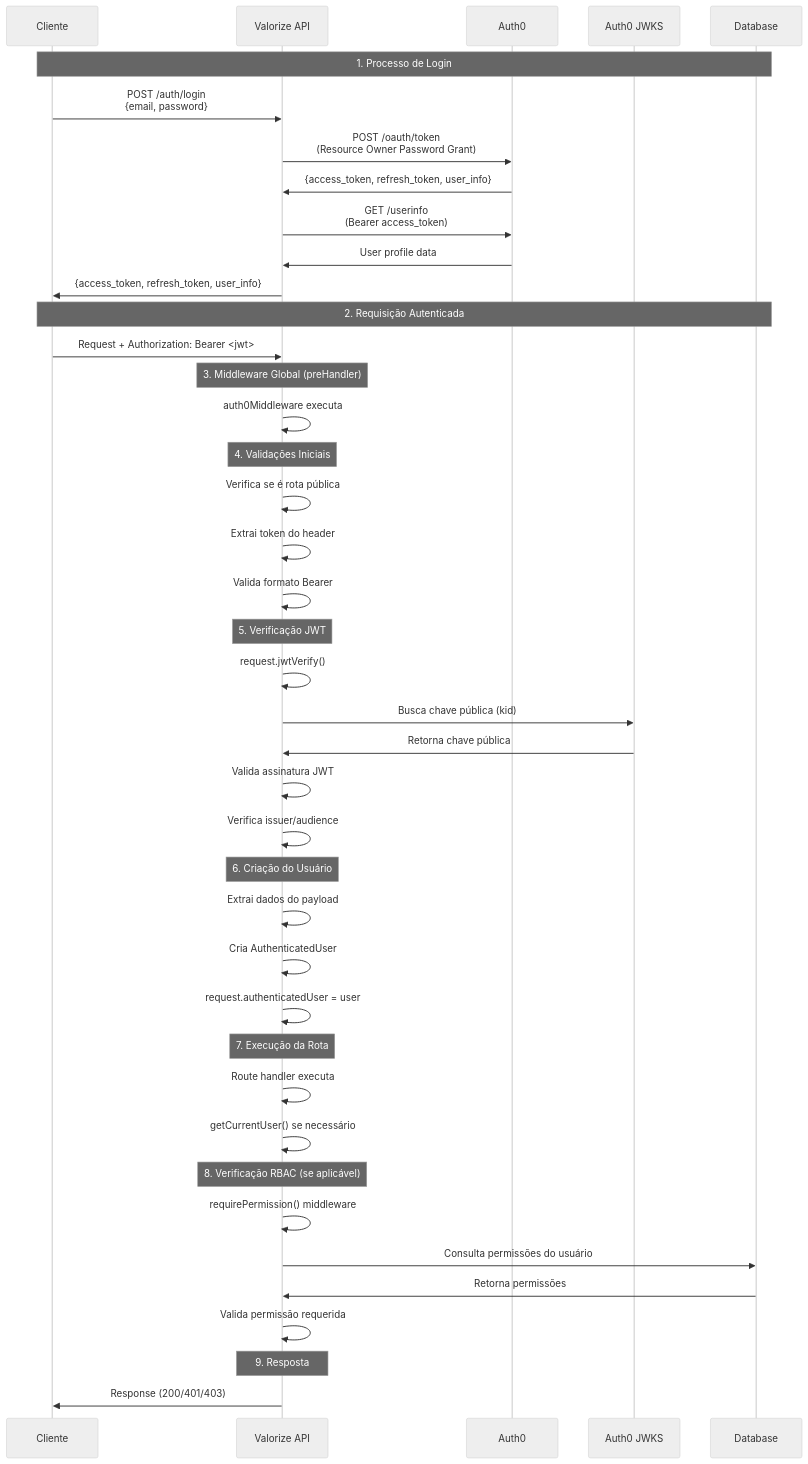
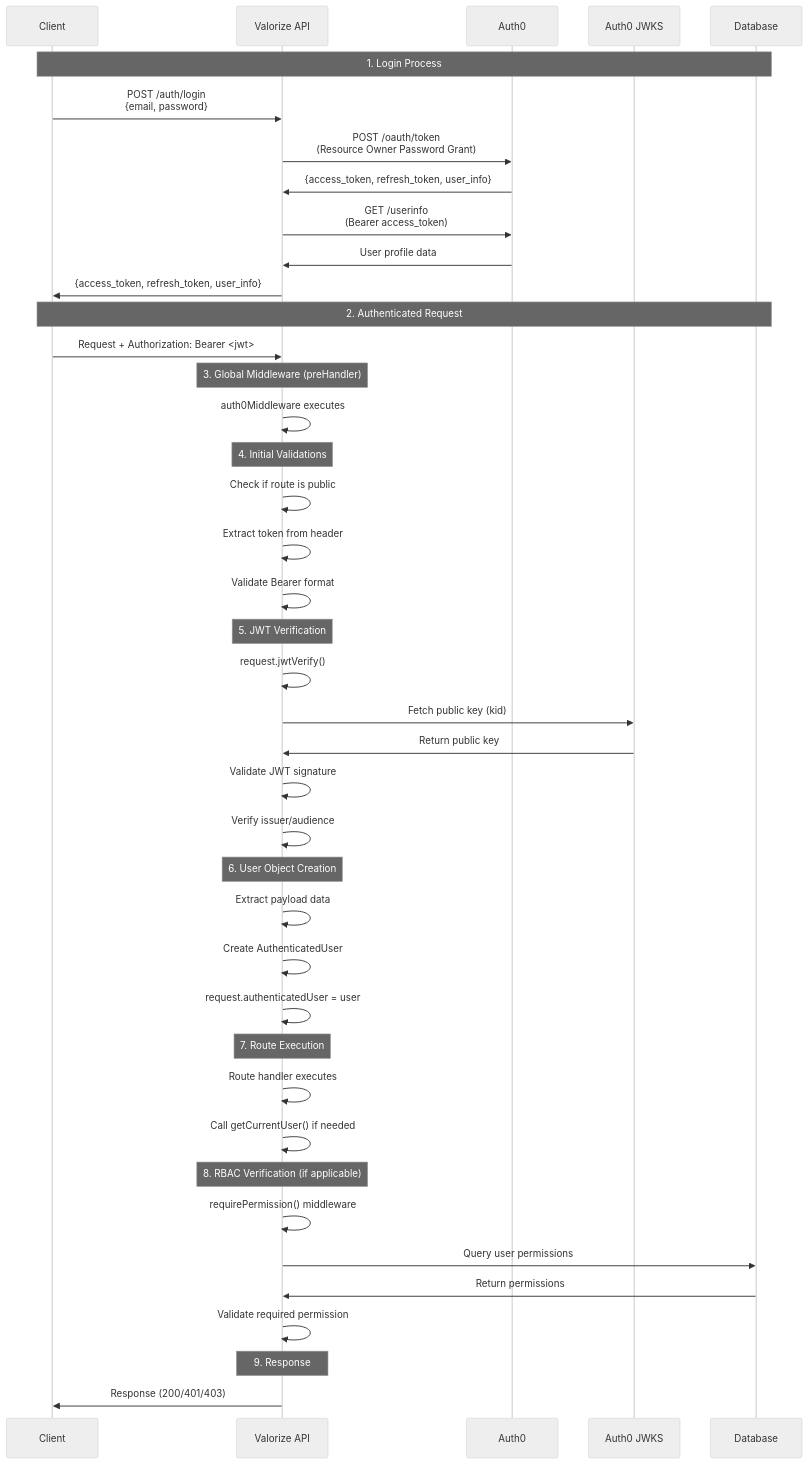
Before and after one commit to Gabriel-Fachini/valorize-api: the diagram in docs/AUTHENTICATION_GUIDE.md, drawn with Mermaid (neutral theme). The commit also changed other lines of this file and 4 other files, not shown here.

````diff
--- a/docs/AUTHENTICATION_GUIDE.md
+++ b/docs/AUTHENTICATION_GUIDE.md
@@ -19,52 +19,52 @@
 ```mermaid
 sequenceDiagram
-    participant Client as Cliente
+    participant Client as Client
     participant API as Valorize API
     participant Auth0 as Auth0
     participant JWKS as Auth0 JWKS
     participant DB as Database
 
-    Note over Client,DB: 1. Processo de Login
+    Note over Client,DB: 1. Login Process
     Client->>API: POST /auth/login<br/>{email, password}
     API->>Auth0: POST /oauth/token<br/>(Resource Owner Password Grant)
     Auth0->>API: {access_token, refresh_token, user_info}
     API->>Auth0: GET /userinfo<br/>(Bearer access_token)
     Auth0->>API: User profile data
     API->>Client: {access_token, refresh_token, user_info}
 
-    Note over Client,DB: 2. Requisição Autenticada
+    Note over Client,DB: 2. Authenticated Request
     Client->>API: Request + Authorization: Bearer <jwt>
     
-    Note over API: 3. Middleware Global (preHandler)
-    API->>API: auth0Middleware executa
+    Note over API: 3. Global Middleware (preHandler)
+    API->>API: auth0Middleware executes
     
-    Note over API: 4. Validações Iniciais
-    API->>API: Verifica se é rota pública
-    API->>API: Extrai token do header
-    API->>API: Valida formato Bearer
+    Note over API: 4. Initial Validations
+    API->>API: Check if route is public
+    API->>API: Extract token from header
+    API->>API: Validate Bearer format
     
-    Note over API: 5. Verificação JWT
+    Note over API: 5. JWT Verification
     API->>API: request.jwtVerify()
-    API->>JWKS: Busca chave pública (kid)
-    JWKS->>API: Retorna chave pública
-    API->>API: Valida assinatura JWT
-    API->>API: Verifica issuer/audience
+    API->>JWKS: Fetch public key (kid)
+    JWKS->>API: Return public key
+    API->>API: Validate JWT signature
+    API->>API: Verify issuer/audience
     
-    Note over API: 6. Criação do Usuário
-    API->>API: Extrai dados do payload
-    API->>API: Cria AuthenticatedUser
+    Note over API: 6. User Object Creation
+    API->>API: Extract payload data
+    API->>API: Create AuthenticatedUser
     API->>API: request.authenticatedUser = user
     
-    Note over API: 7. Execução da Rota
-    API->>API: Route handler executa
-    API->>API: getCurrentUser() se necessário
+    Note over API: 7. Route Execution
+    API->>API: Route handler executes
+    API->>API: Call getCurrentUser() if needed
     
-    Note over API: 8. Verificação RBAC (se aplicável)
+    Note over API: 8. RBAC Verification (if applicable)
     API->>API: requirePermission() middleware
-    API->>DB: Consulta permissões do usuário
-    DB->>API: Retorna permissões
-    API->>API: Valida permissão requerida
+    API->>DB: Query user permissions
+    DB->>API: Return permissions
+    API->>API: Validate required permission
     
-    Note over API: 9. Resposta
+    Note over API: 9. Response
     API->>Client: Response (200/401/403)
 ```
````
